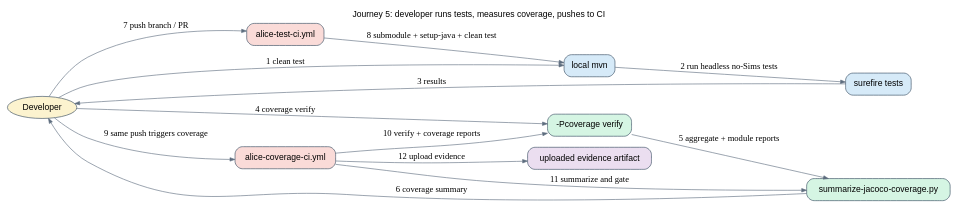
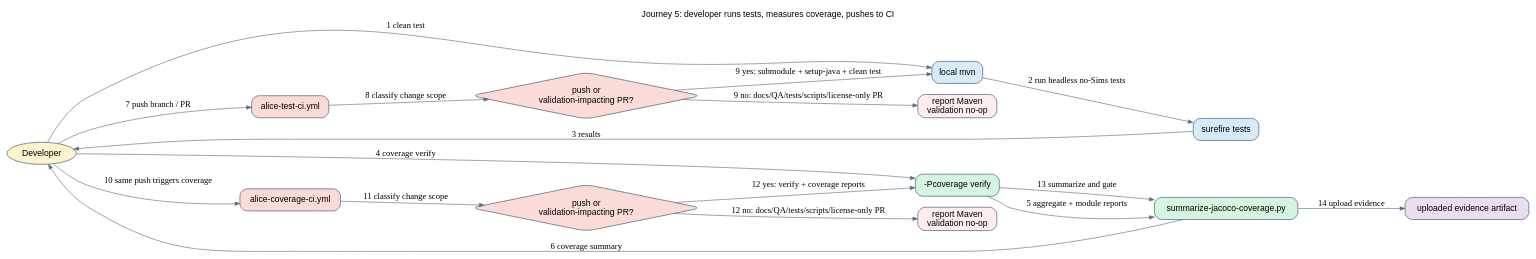
The diagram in docs/atlas/user-journeys/journey-5-dev-test-coverage-ci.dot (asw101/RabbitHole), drawn with Graphviz before and after one commit. The commit also changed 11 other files, not shown here.

First line of the commit message:
fix: correct atlas documentation for data-flow, compile-deps, api-contracts, and user-journeys

```diff
--- a/docs/atlas/user-journeys/journey-5-dev-test-coverage-ci.dot
+++ b/docs/atlas/user-journeys/journey-5-dev-test-coverage-ci.dot
@@ -1,28 +1,36 @@
 digraph journey_5_dev_test_coverage_ci {
   rankdir=LR;
   graph [fontname="Helvetica", labelloc=t, label="Journey 5: developer runs tests, measures coverage, pushes to CI"];
   node [shape=box, style="rounded,filled", fillcolor="#F8F9FA", color="#34495E", fontname="Helvetica"];
   edge [color="#5D6D7E", arrowsize=0.8];
 
   Developer [shape=oval, fillcolor="#FCF3CF"];
   Maven [label="local mvn", fillcolor="#D6EAF8"];
   Surefire [label="surefire tests", fillcolor="#D6EAF8"];
   JaCoCo [label="-Pcoverage verify", fillcolor="#D5F5E3"];
   Summary [label="summarize-jacoco-coverage.py", fillcolor="#D5F5E3"];
   TestCI [label="alice-test-ci.yml", fillcolor="#FADBD8"];
+  TestScope [shape=diamond, label="push or\nvalidation-impacting PR?", fillcolor="#FADBD8"];
+  TestNoOp [label="report Maven\nvalidation no-op", fillcolor="#FDEDEC"];
   CoverageCI [label="alice-coverage-ci.yml", fillcolor="#FADBD8"];
+  CoverageScope [shape=diamond, label="push or\nvalidation-impacting PR?", fillcolor="#FADBD8"];
+  CoverageNoOp [label="report Maven\nvalidation no-op", fillcolor="#FDEDEC"];
   Artifacts [label="uploaded evidence artifact", fillcolor="#EBDEF0"];
 
   Developer -> Maven [label="1 clean test"];
   Maven -> Surefire [label="2 run headless no-Sims tests"];
   Surefire -> Developer [label="3 results"];
   Developer -> JaCoCo [label="4 coverage verify"];
   JaCoCo -> Summary [label="5 aggregate + module reports"];
   Summary -> Developer [label="6 coverage summary"];
   Developer -> TestCI [label="7 push branch / PR"];
-  TestCI -> Maven [label="8 submodule + setup-java + clean test"];
-  Developer -> CoverageCI [label="9 same push triggers coverage"];
-  CoverageCI -> JaCoCo [label="10 verify + coverage reports"];
-  CoverageCI -> Summary [label="11 summarize and gate"];
-  CoverageCI -> Artifacts [label="12 upload evidence"];
+  TestCI -> TestScope [label="8 classify change scope"];
+  TestScope -> Maven [label="9 yes: submodule + setup-java + clean test"];
+  TestScope -> TestNoOp [label="9 no: docs/QA/tests/scripts/license-only PR"];
+  Developer -> CoverageCI [label="10 same push triggers coverage"];
+  CoverageCI -> CoverageScope [label="11 classify change scope"];
+  CoverageScope -> JaCoCo [label="12 yes: verify + coverage reports"];
+  CoverageScope -> CoverageNoOp [label="12 no: docs/QA/tests/scripts/license-only PR"];
+  JaCoCo -> Summary [label="13 summarize and gate"];
+  Summary -> Artifacts [label="14 upload evidence"];
 }
```
